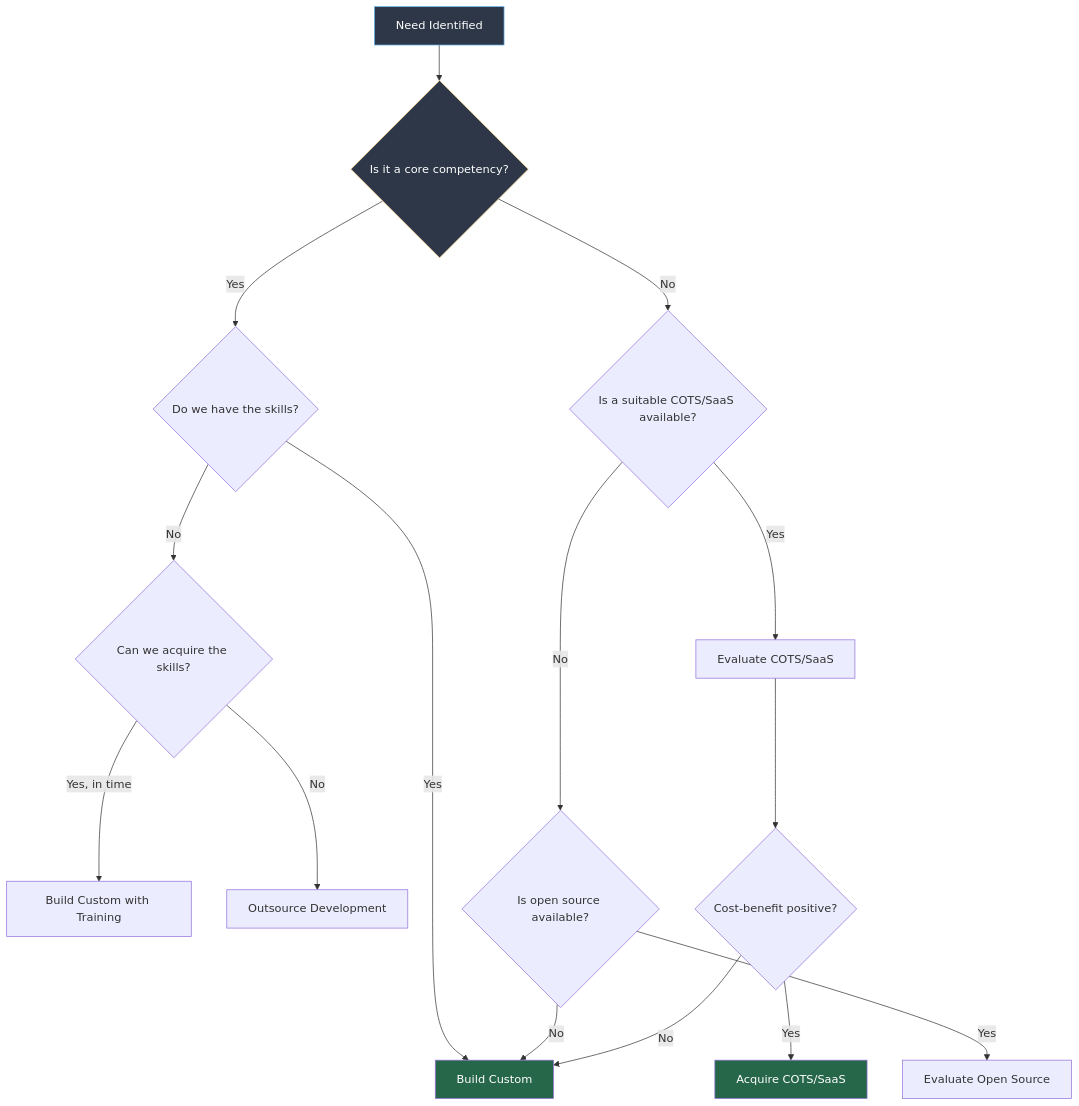
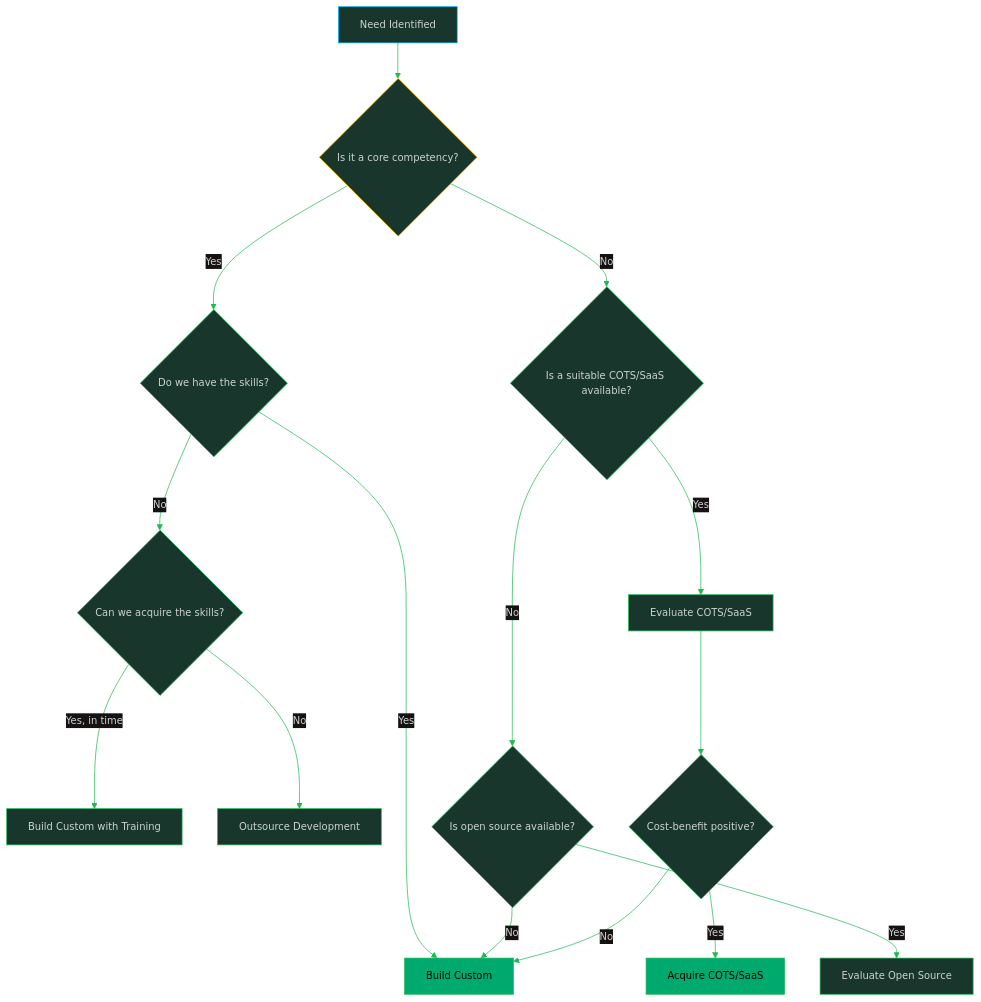
One commit to oat431/swe-knowledge changed the first of 3 diagrams in software-engineering-note/09_Software_Engineering_Management/08_Risk_Management_and_Control.md. Above: the diagram before and after it, drawn with Mermaid. The commit also changed other lines of this file and 11 other files, not shown here.

````diff
--- a/software-engineering-note/09_Software_Engineering_Management/08_Risk_Management_and_Control.md
+++ b/software-engineering-note/09_Software_Engineering_Management/08_Risk_Management_and_Control.md
@@ -220,22 +220,23 @@
 ```mermaid
+%%{init: {'theme':'base','themeVariables':{'primaryColor':'#19362D','primaryTextColor':'#CDD3D1','primaryBorderColor':'#1FB854','lineColor':'#1FB854','secondaryColor':'#161212','tertiaryColor':'#1B1717','background':'#1B1717','mainBkg':'#19362D','nodeBorder':'#1FB854','clusterBkg':'#161212','clusterBorder':'#19362D','titleColor':'#1FB854','edgeLabelBackground':'#161212','fontSize':'14px'}}}%%
 graph TD
     A[Need Identified] --> B{Is it a core competency?}
     B -->|Yes| C{Do we have the skills?}
     B -->|No| D{Is a suitable COTS/SaaS available?}
     C -->|Yes| E[Build Custom]
     C -->|No| F{Can we acquire the skills?}
     F -->|Yes, in time| G[Build Custom with Training]
     F -->|No| H[Outsource Development]
     D -->|Yes| I[Evaluate COTS/SaaS]
     D -->|No| J{Is open source available?}
     J -->|Yes| K[Evaluate Open Source]
     J -->|No| E
     I --> L{Cost-benefit positive?}
     L -->|Yes| M[Acquire COTS/SaaS]
     L -->|No| E
 
-    style A fill:#2d3748,stroke:#63b3ed,color:#fff
-    style B fill:#2d3748,stroke:#fbd38d,color:#fff
-    style E fill:#276749,color:#fff
-    style M fill:#276749,color:#fff
+    style A fill:#19362D,stroke:#00B5FF,color:#CDD3D1
+    style B fill:#19362D,stroke:#FFBE00,color:#CDD3D1
+    style E fill:#00A96E,color:#000000
+    style M fill:#00A96E,color:#000000
 ```
````
